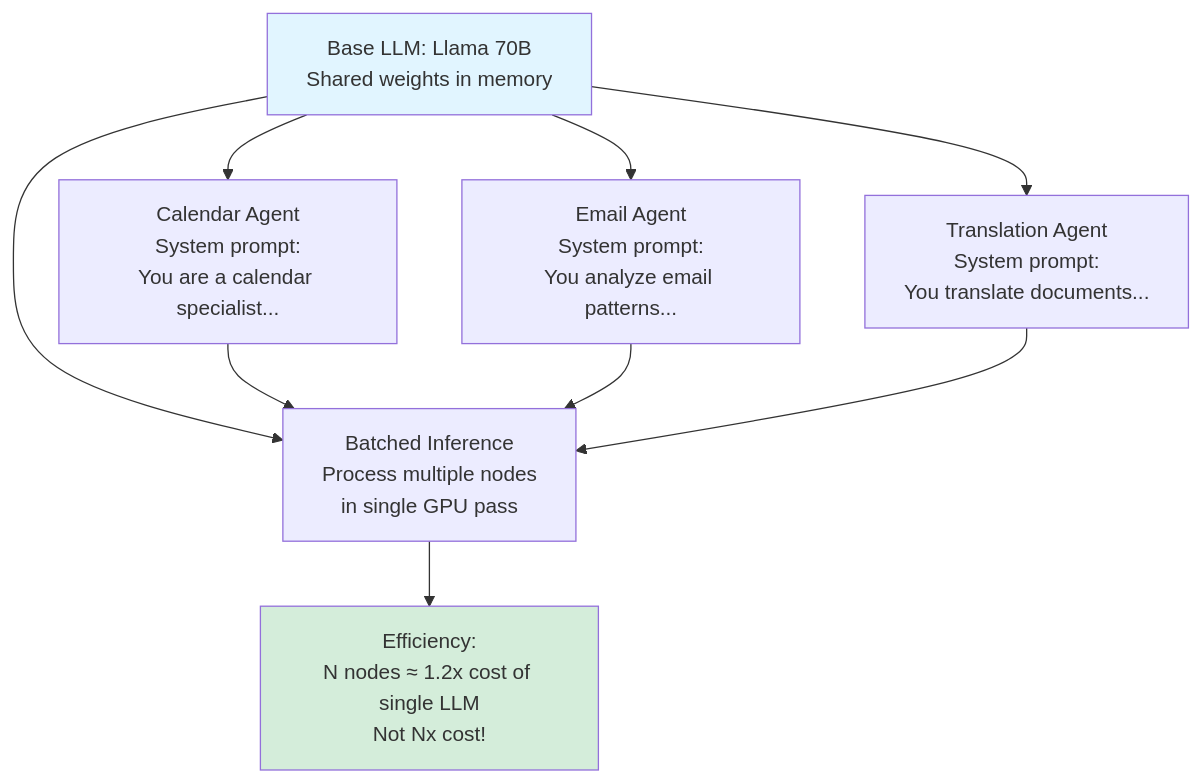
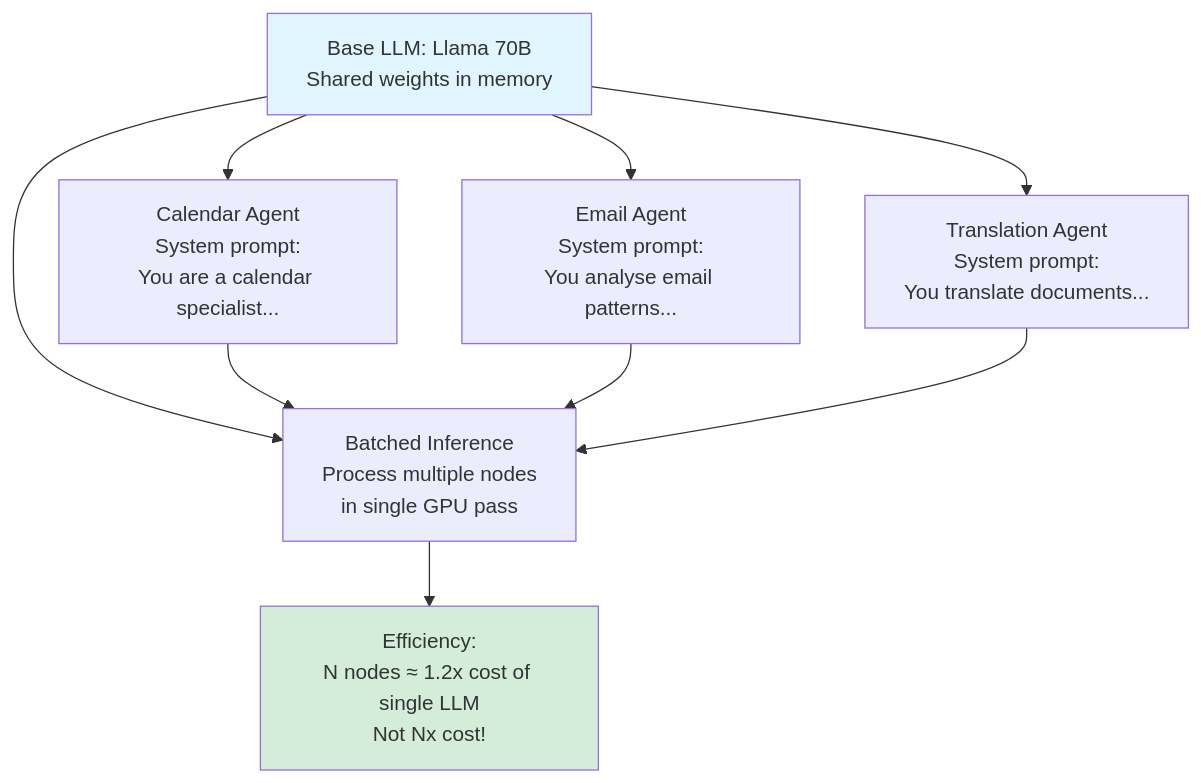
Before and after one commit to scottgal/LLMApi: diagram 12 of 13 in docs/SEMANTIC_COGNITION_MESH.md, drawn with Mermaid. The commit also changed other lines of this file, not shown here.

````diff
--- a/docs/SEMANTIC_COGNITION_MESH.md
+++ b/docs/SEMANTIC_COGNITION_MESH.md
@@ -511,21 +511,21 @@
 ```mermaid
 graph TB
     Base[Base LLM: Llama 70B<br/>Shared weights in memory]
 
     Base --> Node1[Calendar Agent<br/>System prompt:<br/>You are a calendar specialist...]
 
-    Base --> Node2[Email Agent<br/>System prompt:<br/>You analyze email patterns...]
+    Base --> Node2[Email Agent<br/>System prompt:<br/>You analyse email patterns...]
 
     Base --> Node3[Translation Agent<br/>System prompt:<br/>You translate documents...]
 
     Base --> Batch[Batched Inference<br/>Process multiple nodes<br/>in single GPU pass]
 
     Node1 --> Batch
     Node2 --> Batch
     Node3 --> Batch
 
     Batch --> Efficient[Efficiency:<br/>N nodes ≈ 1.2x cost of single LLM<br/>Not Nx cost!]
 
     style Base fill:#e1f5ff
     style Efficient fill:#d4edda
 ```
````
